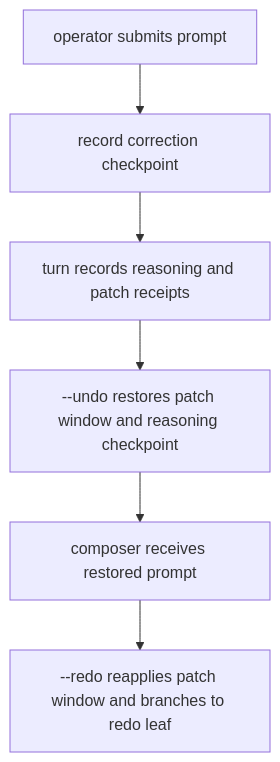
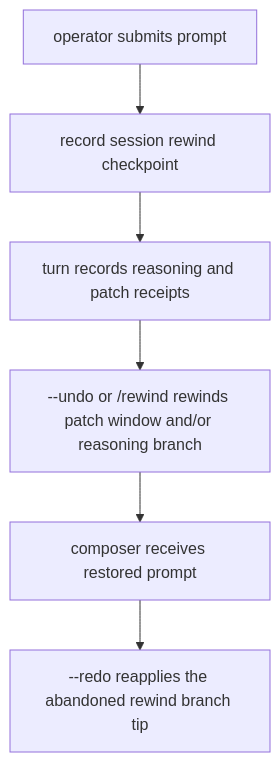
Before and after one commit to arcthur/brewva: the eighth of 10 diagrams in docs/architecture/control-and-data-flow.md, drawn with Mermaid. The commit also changed other lines of this file and 54 other files, not shown here.

First line of the commit message:
feat(session)!: promote rewind as fork primitive

````diff
--- a/docs/architecture/control-and-data-flow.md
+++ b/docs/architecture/control-and-data-flow.md
@@ -149,8 +149,8 @@
 ```mermaid
 flowchart TD
-  A["operator submits prompt"] --> B["record correction checkpoint"]
+  A["operator submits prompt"] --> B["record session rewind checkpoint"]
   B --> C["turn records reasoning and patch receipts"]
-  C --> D["--undo restores patch window and reasoning checkpoint"]
+  C --> D["--undo or /rewind rewinds patch window and/or reasoning branch"]
   D --> E["composer receives restored prompt"]
-  E --> F["--redo reapplies patch window and branches to redo leaf"]
+  E --> F["--redo reapplies the abandoned rewind branch tip"]
 ```
````
